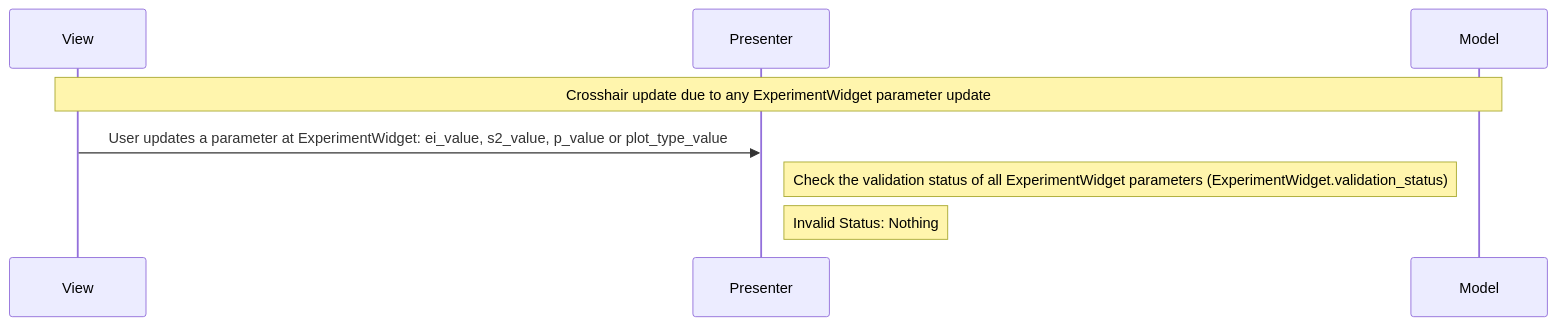
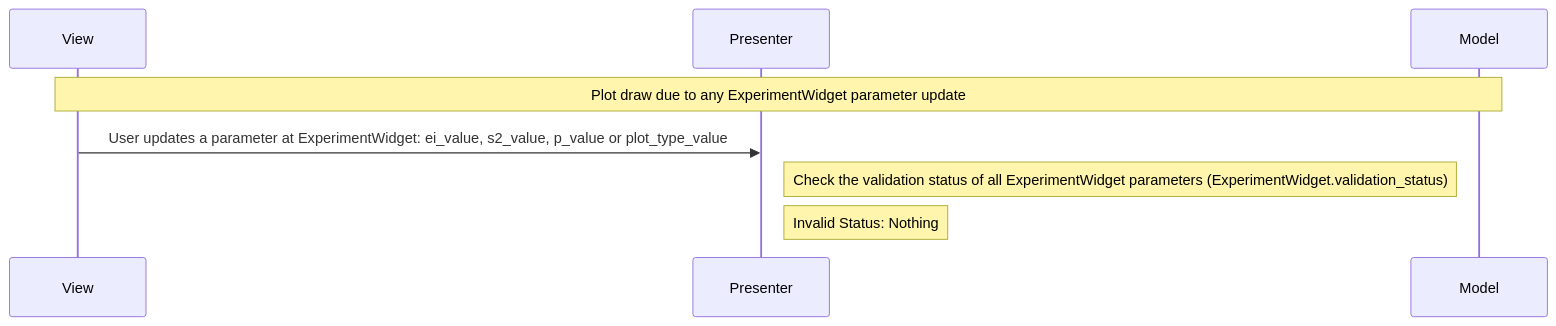
One commit to neutrons/hyspecppt changed the eighth of 14 diagrams in docs/source/design/hyspecpptclasses.rst. Above: the diagram before and after it, drawn with Mermaid.

Commit message:
modified note

```diff
--- a/docs/source/design/hyspecpptclasses.rst
+++ b/docs/source/design/hyspecpptclasses.rst
@@ -528,11 +528,11 @@
     .. mermaid::
 
         sequenceDiagram
             participant View
             participant Presenter
             participant Model
 
-            Note over View,Model: Crosshair update due to any ExperimentWidget parameter update
+            Note over View,Model: Plot draw due to any ExperimentWidget parameter update
             View->>Presenter: User updates a parameter at ExperimentWidget: ei_value, s2_value, p_value or plot_type_value
             Note right of Presenter: Check the validation status of all ExperimentWidget parameters (ExperimentWidget.validation_status)
             Note right of Presenter: Invalid Status: Nothing
```
